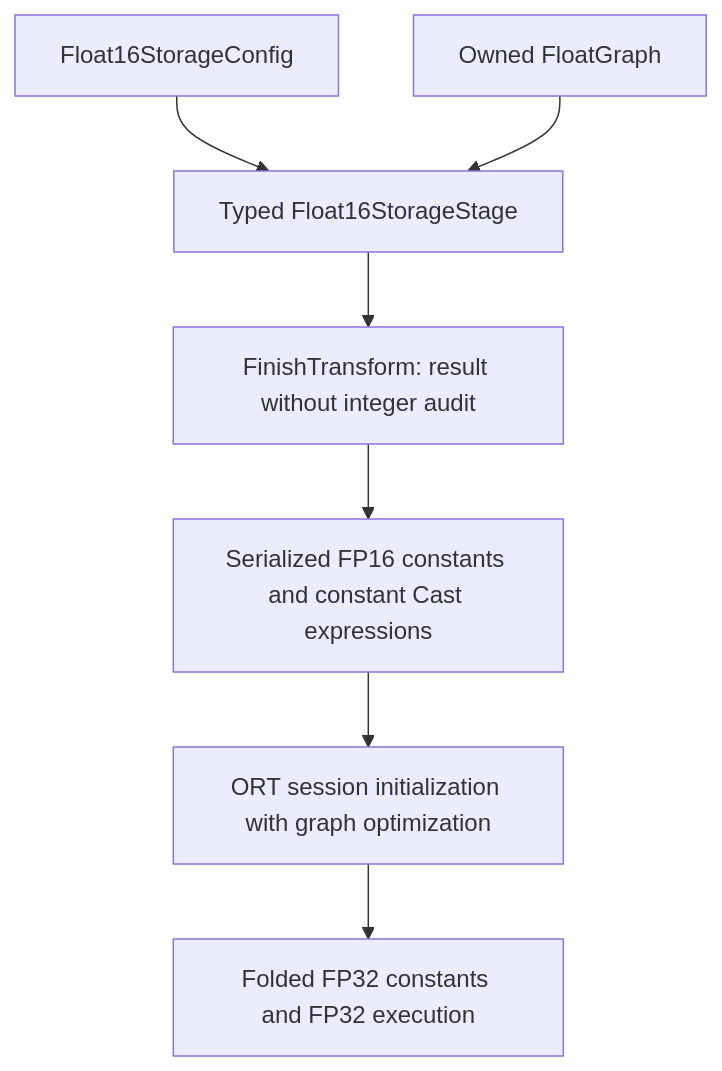
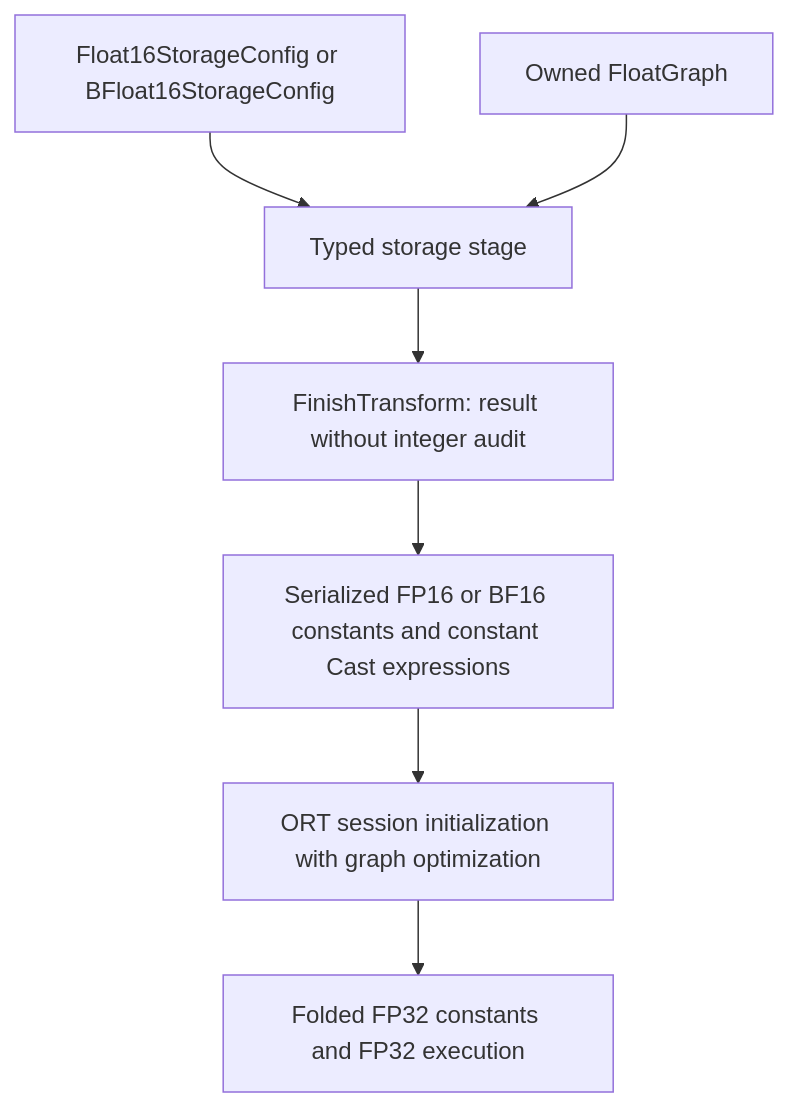
The diagram in docs/float16-storage.md (Red-Eyed/QuantSmith), drawn with Mermaid before and after one commit. The commit also changed other lines of this file and 12 other files, not shown here.

First line of the commit message:
Add BF16 constant storage configuration

````diff
--- a/docs/float16-storage.md
+++ b/docs/float16-storage.md
@@ -39,9 +55,9 @@
 ```mermaid
 flowchart TD
-    C[Float16StorageConfig] --> S[Typed Float16StorageStage]
+    C[Float16StorageConfig or BFloat16StorageConfig] --> S[Typed storage stage]
     F[Owned FloatGraph] --> S
     S --> R[FinishTransform: result without integer audit]
-    R --> D[Serialized FP16 constants and constant Cast expressions]
+    R --> D[Serialized FP16 or BF16 constants and constant Cast expressions]
     D --> O[ORT session initialization with graph optimization]
     O --> E[Folded FP32 constants and FP32 execution]
 ```
````
